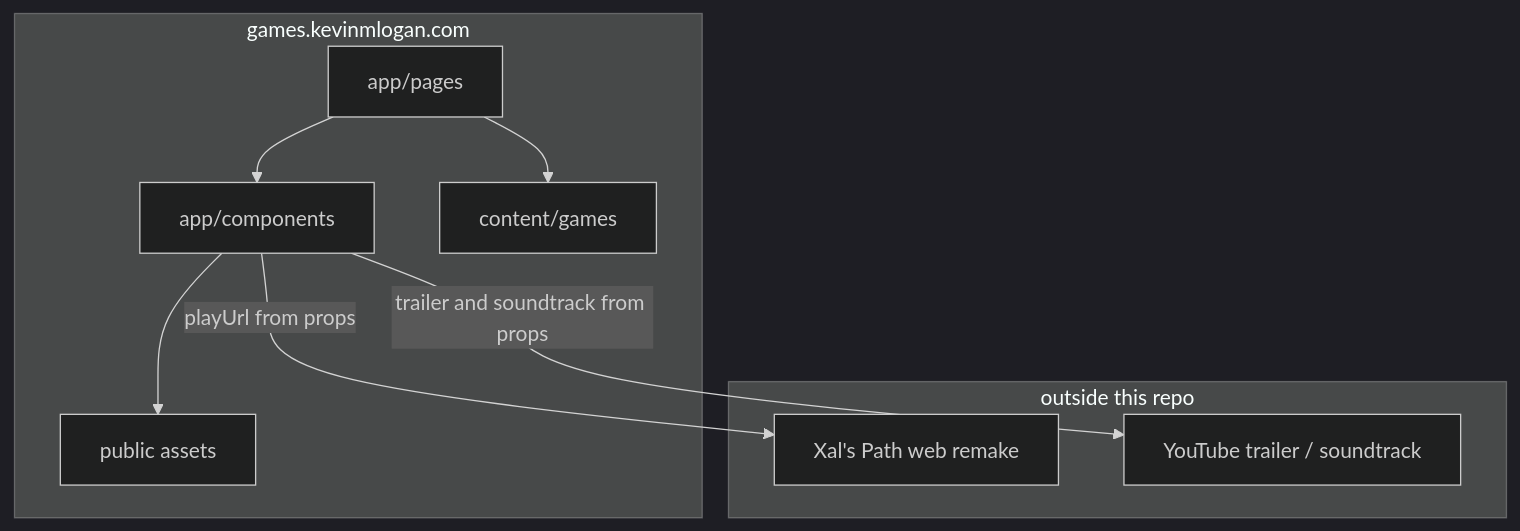
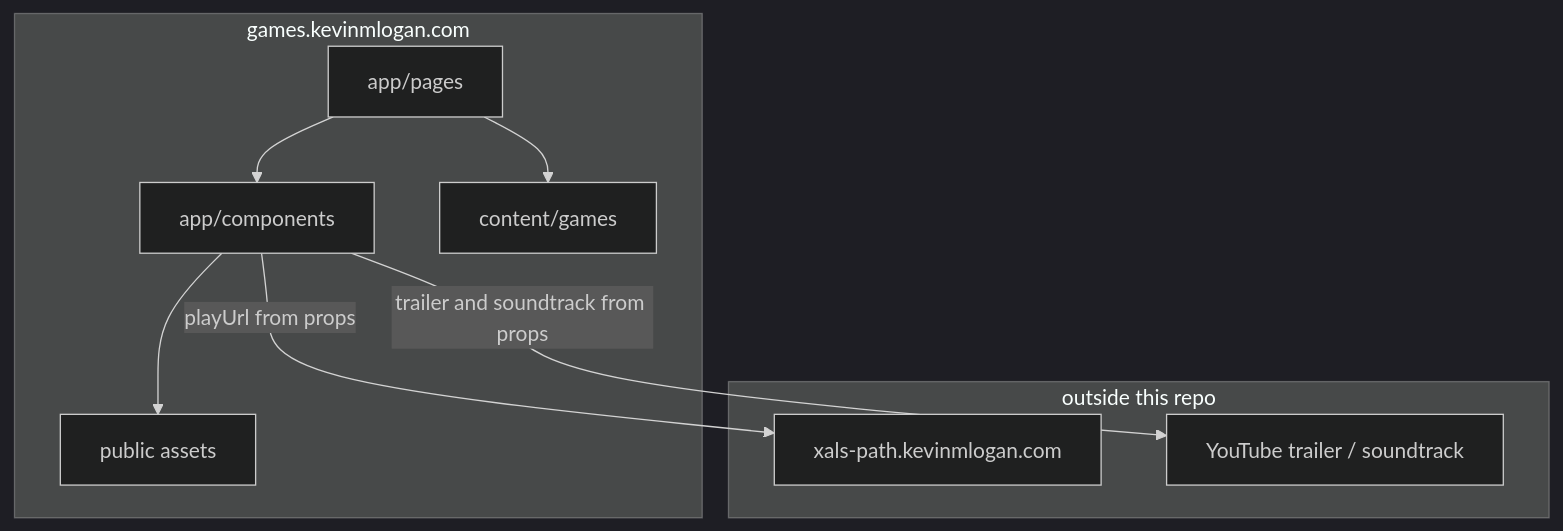
The first of 4 diagrams in _bmad-output/planning-artifacts/architecture/architecture-games-2026-09-07/ARCHITECTURE-SPINE.md (kevinlogan94/games), drawn with Mermaid (dark theme) before and after one commit. The commit also changed other lines of this file and 3 other files, not shown here.

````diff
--- a/_bmad-output/planning-artifacts/architecture/architecture-games-2026-09-07/ARCHITECTURE-SPINE.md
+++ b/_bmad-output/planning-artifacts/architecture/architecture-games-2026-09-07/ARCHITECTURE-SPINE.md
@@ -27,18 +27,18 @@
 ```mermaid
 flowchart TB
   subgraph catalog [games.kevinmlogan.com]
     Pages[app/pages]
     Components[app/components]
     Content[content/games]
     Public[public assets]
     Pages --> Components
     Pages --> Content
     Components --> Public
   end
   subgraph external [outside this repo]
-    Play[Xal's Path web remake]
+    Play[xals-path.kevinmlogan.com]
     Trailer[YouTube trailer / soundtrack]
   end
   Components -->|"playUrl from props"| Play
   Components -->|"trailer and soundtrack from props"| Trailer
 ```
````
